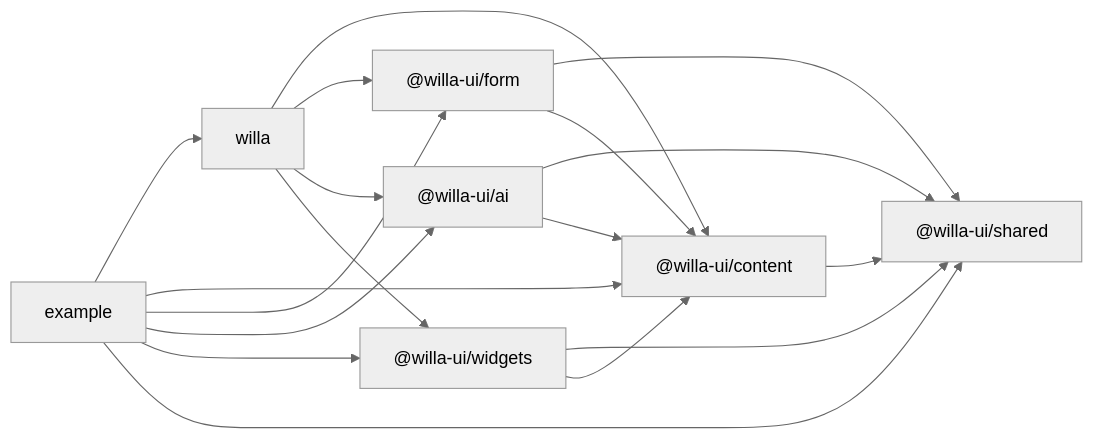
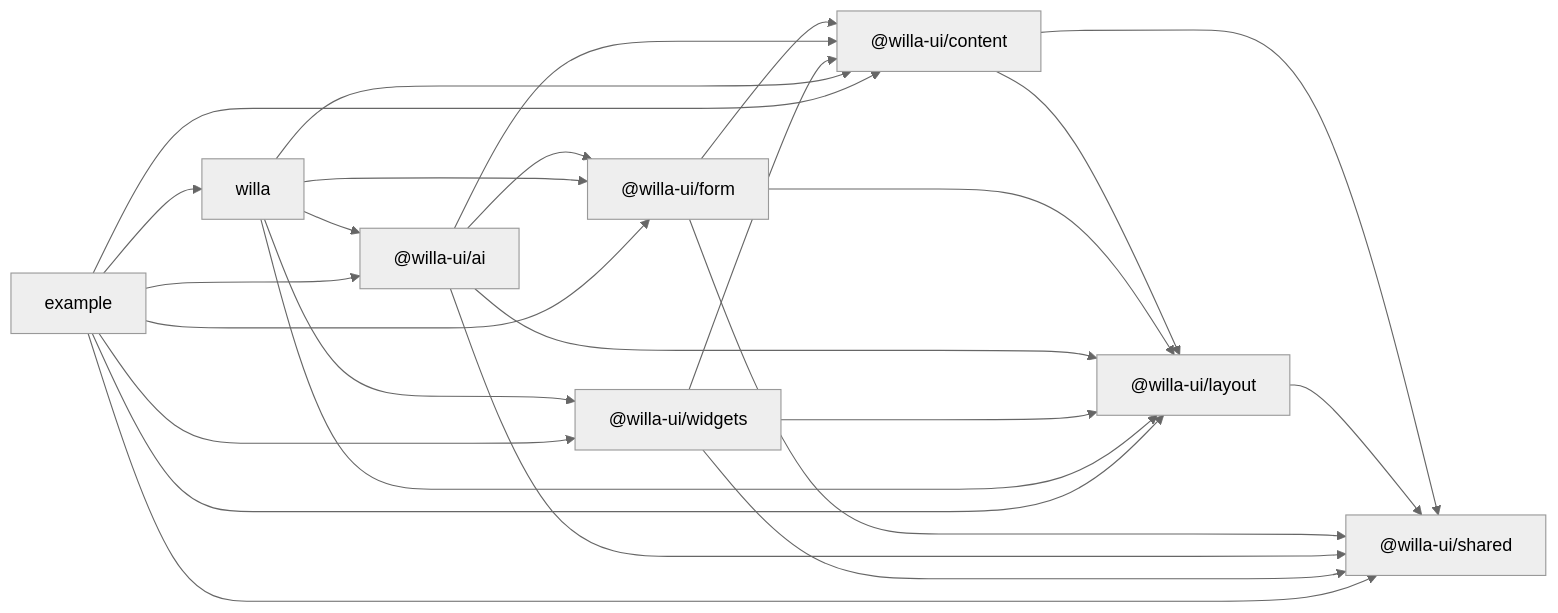
The first of 4 diagrams in docs/architecture.md (imtaotao/willa), drawn with Mermaid (neutral theme) before and after one commit. The commit also changed other lines of this file and 86 other files, not shown here.

````diff
--- a/docs/architecture.md
+++ b/docs/architecture.md
@@ -144,28 +154,37 @@
 ```mermaid
 flowchart LR
   shared["@willa-ui/shared"]
+  layout["@willa-ui/layout"]
   content["@willa-ui/content"]
   form["@willa-ui/form"]
   ai["@willa-ui/ai"]
   widgets["@willa-ui/widgets"]
   willa["willa"]
   example["example"]
 
   content --> shared
+  content --> layout
+  layout --> shared
   form --> shared
+  form --> layout
   form --> content
   ai --> shared
+  ai --> layout
+  ai --> form
   ai --> content
   widgets --> shared
+  widgets --> layout
   widgets --> content
+  willa --> layout
   willa --> content
   willa --> form
   willa --> ai
   willa --> widgets
   example --> willa
+  example --> layout
   example --> content
   example --> form
   example --> ai
   example --> widgets
   example --> shared
 ```
````
